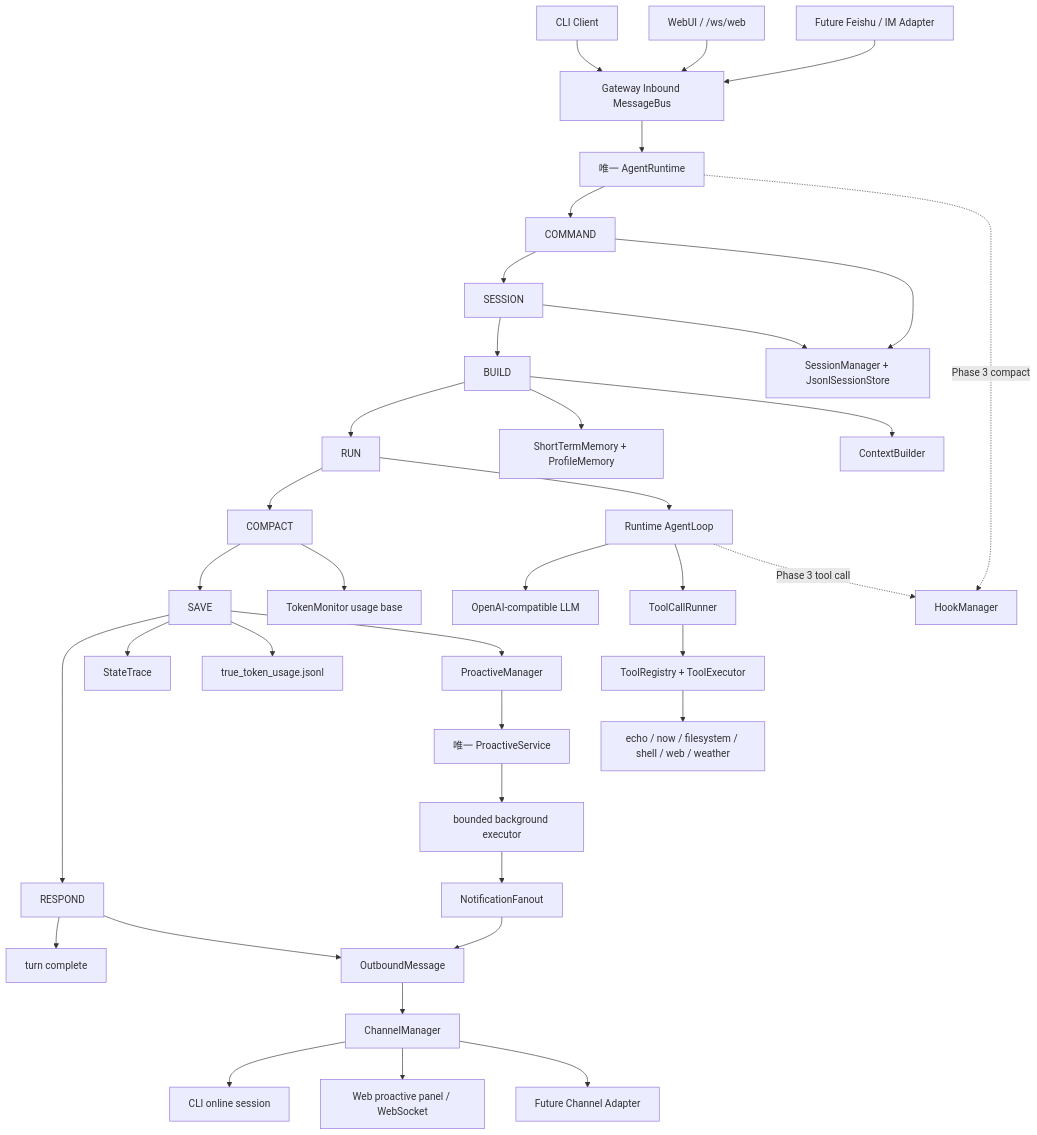
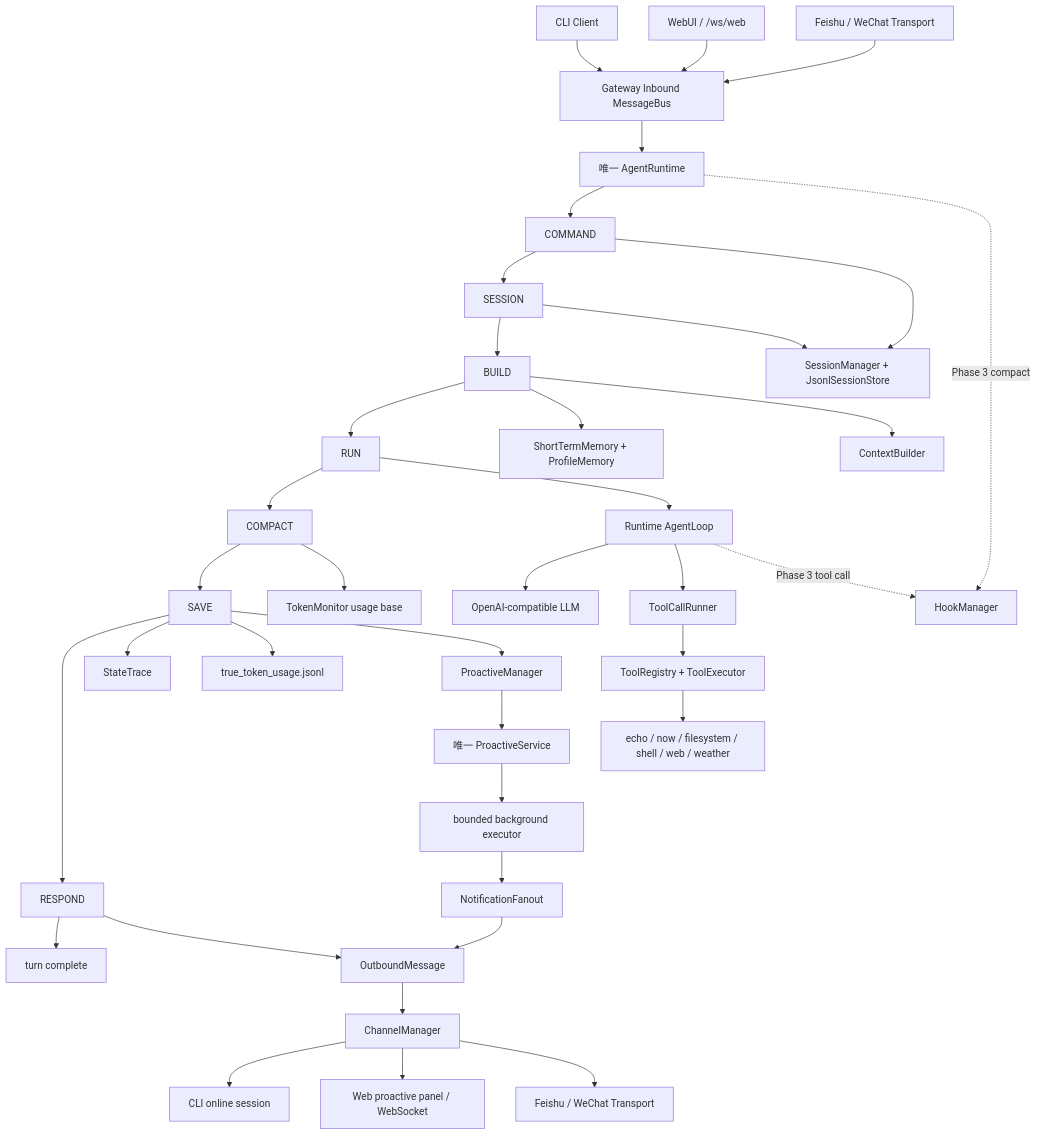
One commit to neystan/Turning-Good-Agent changed the diagram in README.md. Above: the diagram before and after it, drawn with Mermaid. The commit also changed other lines of this file and 34 other files, not shown here.

````diff
--- a/README.md
+++ b/README.md
@@ -200,45 +200,45 @@
 ```mermaid
 flowchart TD
     CLI[CLI Client] --> Inbound[Gateway Inbound MessageBus]
     WEB[WebUI / /ws/web] --> Inbound
-    FUTURE[Future Feishu / IM Adapter] --> Inbound
+    IM[Feishu / WeChat Transport] --> Inbound
     Inbound --> Runtime[唯一 AgentRuntime]
 
     Runtime --> Command[COMMAND]
     Command --> Session[SESSION]
     Session --> Build[BUILD]
     Build --> Run[RUN]
     Run --> Compact[COMPACT]
     Compact --> Save[SAVE]
     Save --> Respond[RESPOND]
     Respond --> End[turn complete]
 
     Command --> SessionStore[SessionManager + JsonlSessionStore]
     Session --> SessionStore
     Build --> Memory[ShortTermMemory + ProfileMemory]
     Build --> Context[ContextBuilder]
 
     Run --> AgentLoop[Runtime AgentLoop]
     AgentLoop --> LLM[OpenAI-compatible LLM]
     AgentLoop --> ToolRunner[ToolCallRunner]
     ToolRunner --> Tools[ToolRegistry + ToolExecutor]
     Tools --> Builtins[echo / now / filesystem / shell / web / weather]
 
     Runtime -. Phase 3 compact .-> Hooks[HookManager]
     AgentLoop -. Phase 3 tool call .-> Hooks
 
     Compact --> Token[TokenMonitor usage base]
     Save --> Trace[StateTrace]
     Save --> TokenUsage[true_token_usage.jsonl]
     Save --> Proactive[ProactiveManager]
     Proactive --> ProactiveService[唯一 ProactiveService]
     ProactiveService --> Background[bounded background executor]
     Background --> Fanout[NotificationFanout]
 
     Respond --> Outbound[OutboundMessage]
     Fanout --> Outbound
     Outbound --> Manager[ChannelManager]
     Manager --> CLIOut[CLI online session]
     Manager --> WebOut[Web proactive panel / WebSocket]
-    Manager --> FutureOut[Future Channel Adapter]
+    Manager --> IMOut[Feishu / WeChat Transport]
 ```
````
